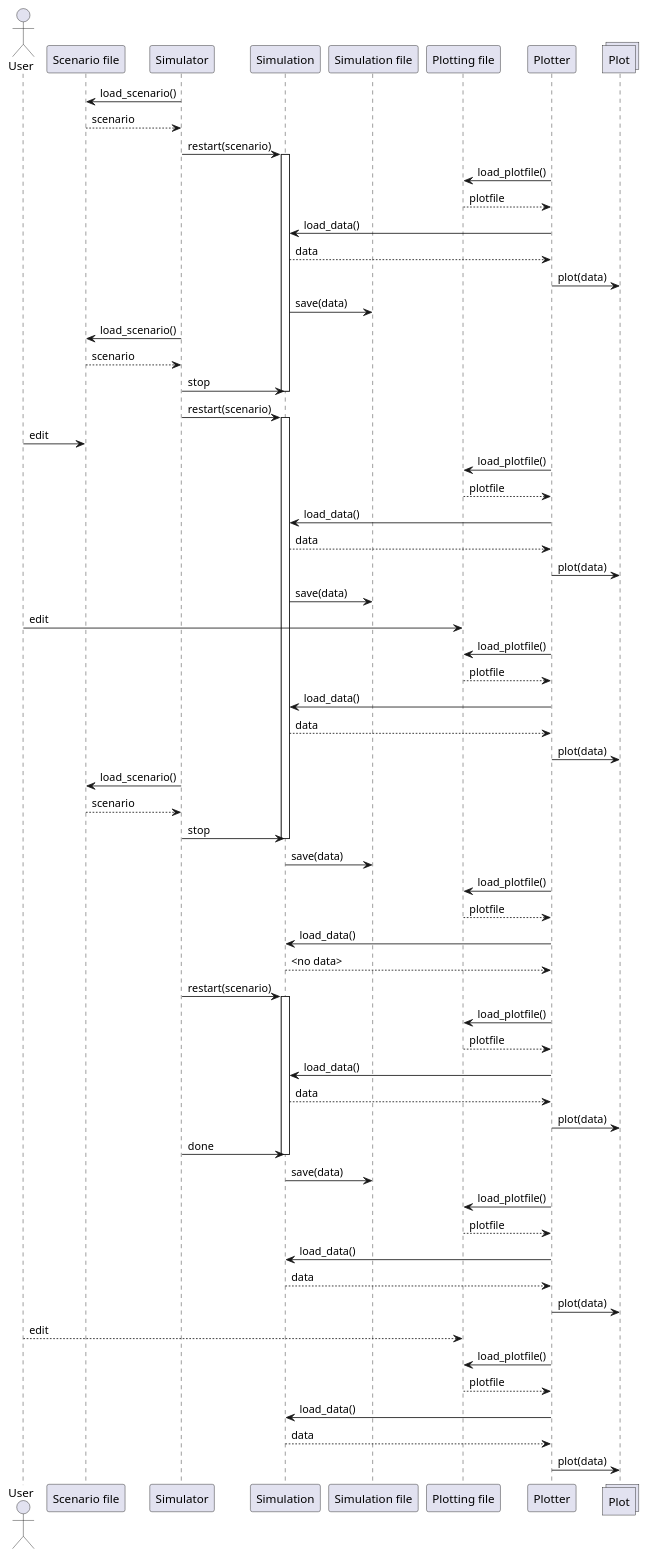
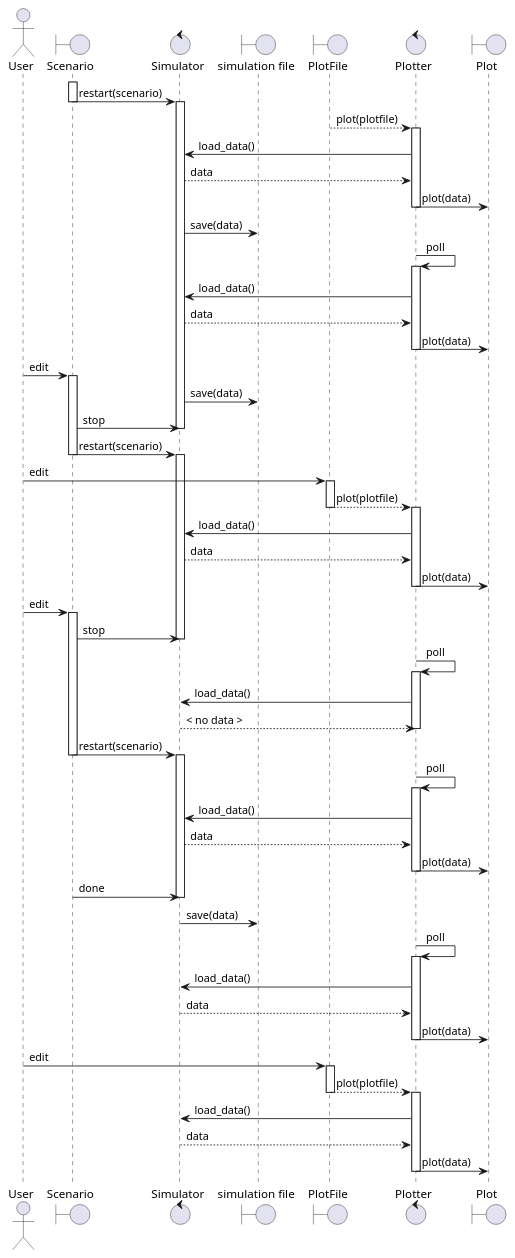
The diagram in docs/uml/sequence.puml (kghose/groho), drawn with PlantUML before and after one commit. The commit also changed 1 other file, not shown here.

Commit message:
Major change to sequence diagram
Modeling input file interactions with boundary classes
Modeling Simulator and Plotter as control classes.
Likely we should have a Simulation entity but we
can model this as part of a state chart for the
simulator.

```diff
--- a/docs/uml/sequence.puml
+++ b/docs/uml/sequence.puml
@@ -1,95 +1,112 @@
 @startuml Sequence
 
 actor User
-participant "Scenario file" as scnf
-participant Simulator
-participant Simulation
-participant "Simulation file" as simf
-participant "Plotting file" as plotf
-participant Plotter
-collections Plot
+boundary Scenario
+control Simulator
+boundary "simulation file" as simf
+boundary "PlotFile" as plotf
+control Plotter
+boundary Plot
 
-Simulator -> scnf: load_scenario()
-scnf --> Simulator: scenario
-Simulator -> Simulation: restart(scenario)
-activate Simulation
+' Inital run
 
-Plotter -> plotf: load_plotfile()
-Plotter <-- plotf: plotfile
-Plotter -> Simulation: load_data()
-Plotter <-- Simulation: data
+activate Scenario
+Scenario -> Simulator: restart(scenario)
+deactivate Scenario
+activate Simulator
+
+Plotter <-- plotf: plot(plotfile)
+activate Plotter
+Plotter -> Simulator: load_data()
+Plotter <-- Simulator: data
 Plotter -> Plot: plot(data)
+deactivate Plotter
 
-Simulation -> simf: save(data)
+Simulator -> simf: save(data)
 
-Simulator -> scnf: load_scenario()
-scnf --> Simulator: scenario
-Simulator -> Simulation: stop
-deactivate Simulation
-Simulator -> Simulation: restart(scenario)
-activate Simulation
+Plotter -> Plotter: poll
+activate Plotter
+Plotter -> Simulator: load_data()
+Plotter <-- Simulator: data
+Plotter -> Plot: plot(data)
+deactivate Plotter
 
 
-User -> scnf: edit
+' Restart after scenario edit
+
+User -> Scenario: edit
+activate Scenario
+
+Simulator -> simf: save(data)
+
+Scenario -> Simulator: stop
+deactivate Simulator
+Scenario -> Simulator: restart(scenario)
+deactivate Scenario
+activate Simulator
 
 
-Plotter -> plotf: load_plotfile()
-Plotter <-- plotf: plotfile
-Plotter -> Simulation: load_data()
-Plotter <-- Simulation: data
-Plotter -> Plot: plot(data)
-
-Simulation -> simf: save(data)
+' User edits plot file
 
 User -> plotf: edit
-Plotter -> plotf: load_plotfile()
-Plotter <-- plotf: plotfile
-Plotter -> Simulation: load_data()
-Plotter <-- Simulation: data
+activate plotf
+Plotter <-- plotf: plot(plotfile)
+deactivate plotf
+activate Plotter
+Plotter -> Simulator: load_data()
+Plotter <-- Simulator: data
 Plotter -> Plot: plot(data)
+deactivate Plotter
 
 
-Simulator -> scnf: load_scenario()
-scnf --> Simulator: scenario
-Simulator -> Simulation: stop
-deactivate Simulation
-Simulation -> simf: save(data)
+' User edits scenario, plotter tries to plot at the same time
+User -> Scenario: edit
+activate Scenario
+Scenario -> Simulator: stop
+deactivate Simulator
+
+' Plotter poll returns no data
+Plotter -> Plotter: poll
+activate Plotter
+Plotter -> Simulator: load_data()
+Plotter <-- Simulator: < no data >
+deactivate Plotter
 
 
-Plotter -> plotf: load_plotfile()
-Plotter <-- plotf: plotfile
-Plotter -> Simulation: load_data()
-Plotter <-- Simulation: <no data>
+Scenario -> Simulator: restart(scenario)
+deactivate Scenario
+activate Simulator
 
 
-Simulator -> Simulation: restart(scenario)
-activate Simulation
+Plotter -> Plotter: poll
+activate Plotter
+Plotter -> Simulator: load_data()
+Plotter <-- Simulator: data
+Plotter -> Plot: plot(data)
+deactivate Plotter
+
+Scenario -> Simulator: done
+deactivate Simulator
+Simulator -> simf: save(data)
+
+Plotter -> Plotter: poll
+activate Plotter
+Plotter -> Simulator: load_data()
+Plotter <-- Simulator: data
+Plotter -> Plot: plot(data)
+deactivate Plotter
 
 
-Plotter -> plotf: load_plotfile()
-Plotter <-- plotf: plotfile
-Plotter -> Simulation: load_data()
-Plotter <-- Simulation: data
+' User edits plot file
+
+User -> plotf: edit
+activate plotf
+Plotter <-- plotf: plot(plotfile)
+deactivate plotf
+activate Plotter
+Plotter -> Simulator: load_data()
+Plotter <-- Simulator: data
 Plotter -> Plot: plot(data)
-
-Simulator -> Simulation: done
-deactivate Simulation
-Simulation -> simf: save(data)
-
-Plotter -> plotf: load_plotfile()
-Plotter <-- plotf: plotfile
-Plotter -> Simulation: load_data()
-Plotter <-- Simulation: data
-Plotter -> Plot: plot(data)
-
-
-
-User --> plotf: edit
-
-Plotter -> plotf: load_plotfile()
-Plotter <-- plotf: plotfile
-Plotter -> Simulation: load_data()
-Plotter <-- Simulation: data
-Plotter -> Plot: plot(data)
+deactivate Plotter
 
 @enduml
```
